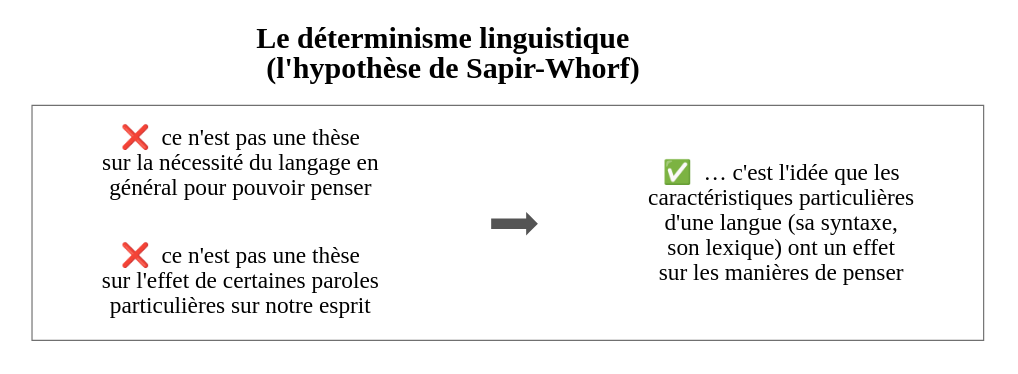
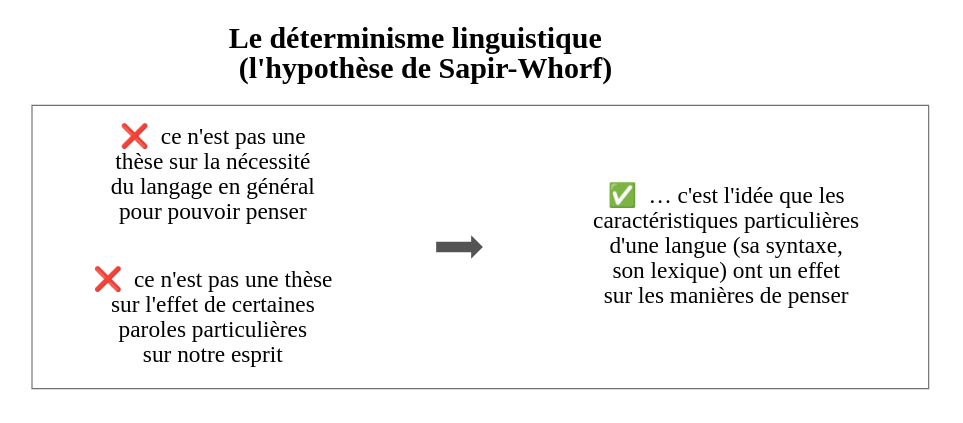
The diagram in evolution/determinisme-linguistique.dot (eyssette/graphviz-examples), drawn with Graphviz before and after one commit.

```diff
--- a/evolution/determinisme-linguistique.dot
+++ b/evolution/determinisme-linguistique.dot
@@ -1,40 +1,42 @@
 digraph G {
 // Template : evolution
 // Usage : 
 rankdir=LR
 label=<<b>Le déterminisme linguistique <br/>(l'hypothèse de Sapir-Whorf)</b><br/>>
 labelloc=t
 fontsize=18
 
 subgraph cluster_0{
 label=""
 color=grey44
 penwidth=0.7
 node[shape=rect, style=rounded, color=white]
 {
 rank=same    
 //non4[label=""]
 //non3[label=""]
-non2[label="❌  ce n'est pas une thèse
-sur la nécessité du langage en
-général pour pouvoir penser"]
+non2[label="❌  ce n'est pas une
+thèse sur la nécessité
+du langage en général
+pour pouvoir penser"]
 non1[label="❌  ce n'est pas une thèse
-sur l'effet de certaines paroles
-particulières sur notre esprit"]
+sur l'effet de certaines
+paroles particulières
+sur notre esprit"]
 }->
 fleche
 ->
 {
 oui1[label="✅  … c'est l'idée que les
 caractéristiques particulières
 d'une langue (sa syntaxe,
 son lexique) ont un effet
 sur les manières de penser"]}
 [style=invis]
 
 
 fleche[shape=rarrow,label="",color=grey33, height=0.03, width=0.3, fillcolor=grey33, style="filled", penwidth=5]
 
 }
 
 }
```
